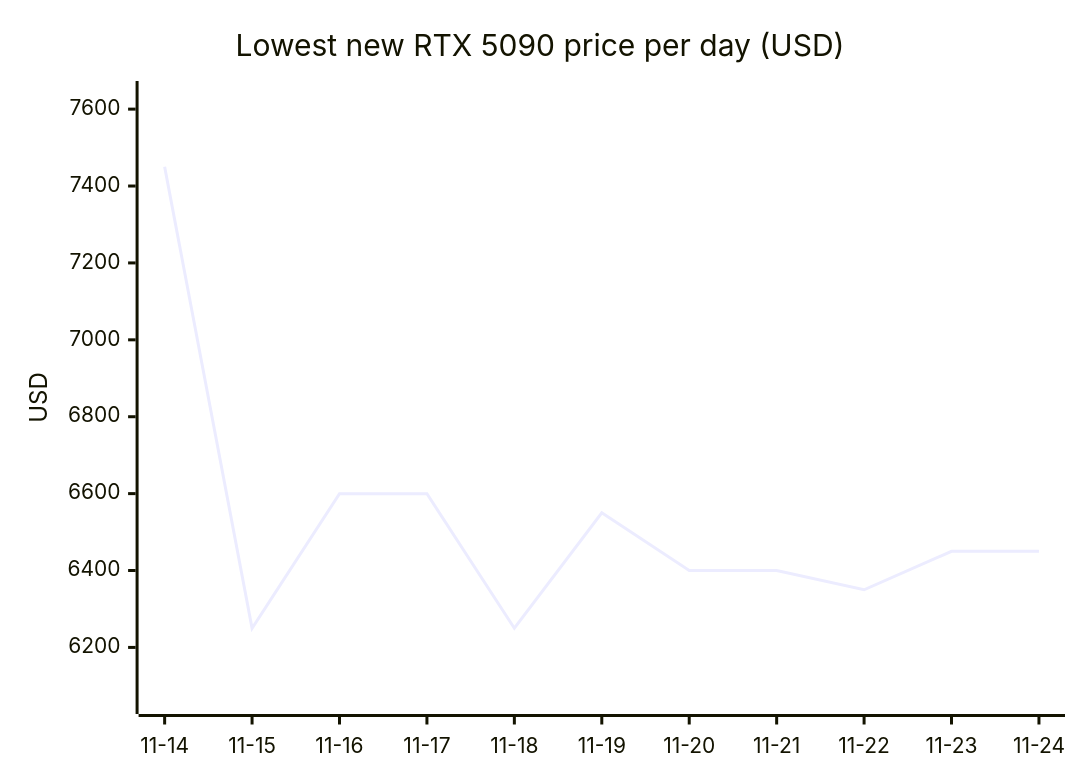
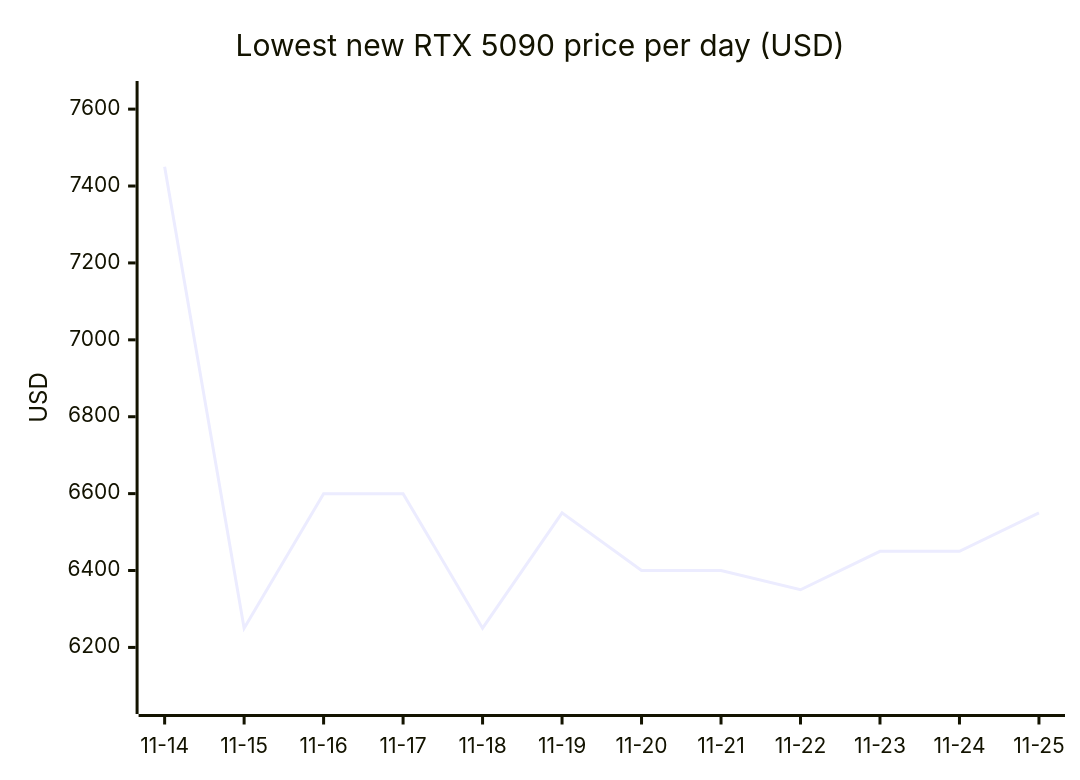
Before and after one commit to 7324136828/4tb_ssd_price_watch: the sixth of 18 diagrams in README.md, drawn with Mermaid. The commit also changed other lines of this file, not shown here.

````diff
--- a/README.md
+++ b/README.md
@@ -918,7 +947,7 @@
 ```mermaid
 xychart-beta
     title "Lowest new RTX 5090 price per day (USD)"
-    x-axis ["11-14", "11-15", "11-16", "11-17", "11-18", "11-19", "11-20", "11-21", "11-22", "11-23", "11-24"]
+    x-axis ["11-14", "11-15", "11-16", "11-17", "11-18", "11-19", "11-20", "11-21", "11-22", "11-23", "11-24", "11-25"]
     y-axis "USD" 6060 --> 7640
-    line [7450.00, 6249.99, 6599.99, 6599.99, 6249.99, 6549.99, 6399.99, 6399.99, 6349.99, 6449.99, 6449.99]
+    line [7450.00, 6249.99, 6599.99, 6599.99, 6249.99, 6549.99, 6399.99, 6399.99, 6349.99, 6449.99, 6449.99, 6549.99]
 ```
````
